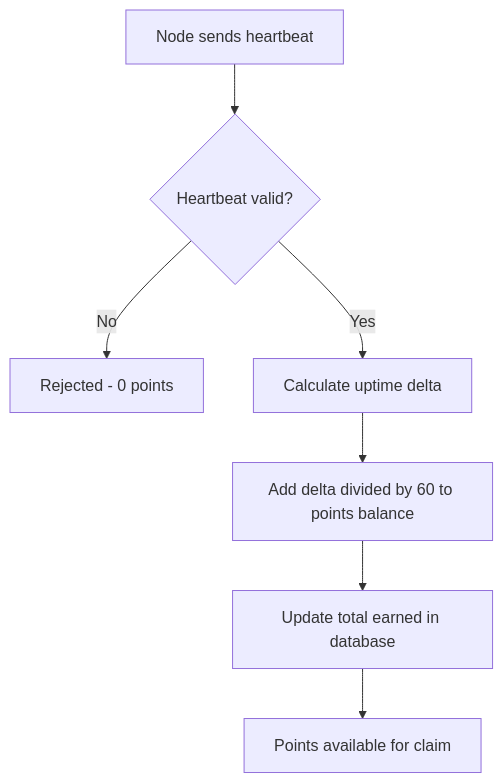
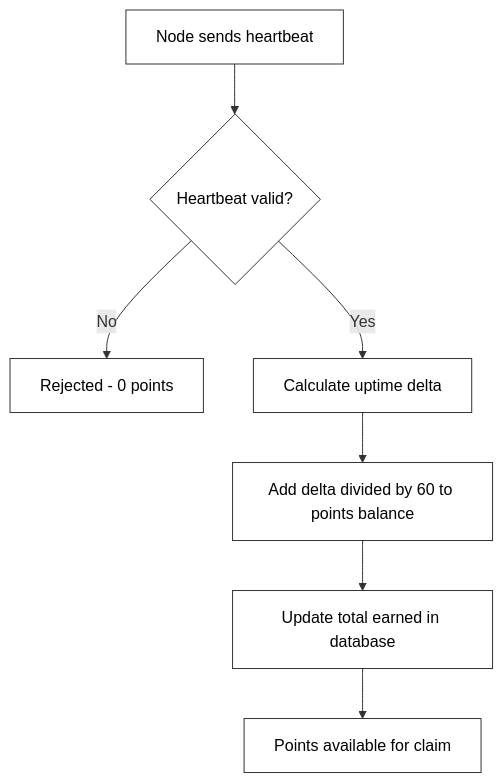
The first of 2 diagrams in rewards.md (Nexora-Node/Docs), drawn with Mermaid before and after one commit. The commit also changed other lines of this file and 5 other files, not shown here.

Commit message:
docs: set all diagram nodes to white fill with border only

````diff
--- a/rewards.md
+++ b/rewards.md
@@ -37,9 +37,17 @@
 ```mermaid
 flowchart TD
     A[Node sends heartbeat] --> B{Heartbeat valid?}
     B -->|No| C[Rejected - 0 points]
     B -->|Yes| D[Calculate uptime delta]
     D --> E[Add delta divided by 60 to points balance]
     E --> F[Update total earned in database]
     F --> G[Points available for claim]
+
+    style A fill:#fff,stroke:#333,color:#000
+    style B fill:#fff,stroke:#333,color:#000
+    style C fill:#fff,stroke:#333,color:#000
+    style D fill:#fff,stroke:#333,color:#000
+    style E fill:#fff,stroke:#333,color:#000
+    style F fill:#fff,stroke:#333,color:#000
+    style G fill:#fff,stroke:#333,color:#000
 ```
````
